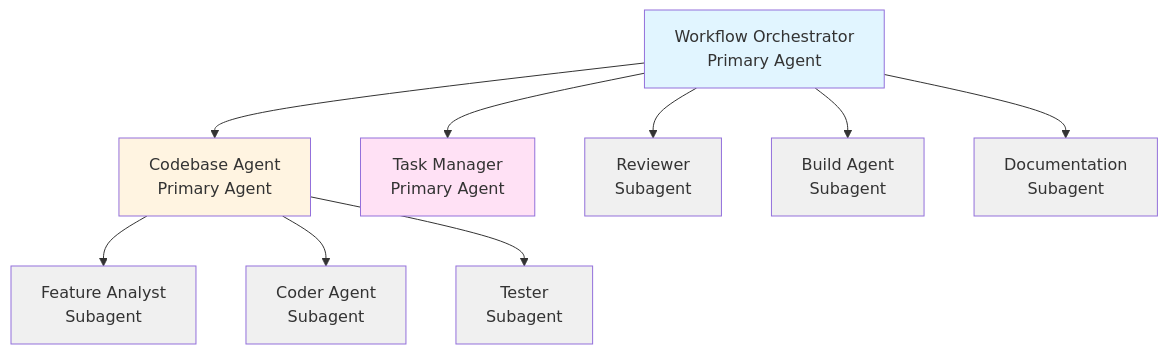
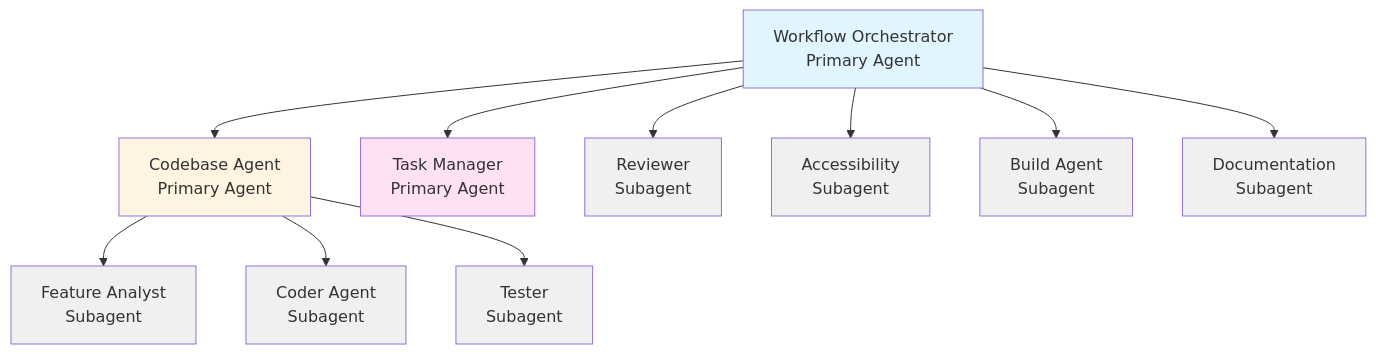
Before and after one commit to jesusidev/dotfiles: the second of 3 diagrams in opencode/.config/opencode/workflow-diagram.md, drawn with Mermaid. The commit also changed other lines of this file and 2 other files, not shown here.

First line of the commit message:
feat(accessibility): add WCAG compliance auditing agent to workflow

````diff
--- a/opencode/.config/opencode/workflow-diagram.md
+++ b/opencode/.config/opencode/workflow-diagram.md
@@ -90,25 +96,27 @@
 ```mermaid
 graph TD
     WO[Workflow Orchestrator<br/>Primary Agent]
     
     WO --> CA[Codebase Agent<br/>Primary Agent]
     WO --> TM[Task Manager<br/>Primary Agent]
     
     CA --> FA[Feature Analyst<br/>Subagent]
     CA --> COD[Coder Agent<br/>Subagent]
     CA --> TST[Tester<br/>Subagent]
     
     WO --> REV[Reviewer<br/>Subagent]
+    WO --> ACC[Accessibility<br/>Subagent]
     WO --> BLD[Build Agent<br/>Subagent]
     WO --> DOC[Documentation<br/>Subagent]
     
     style WO fill:#e1f5ff
     style CA fill:#fff4e1
     style TM fill:#ffe1f5
     style FA fill:#f0f0f0
     style COD fill:#f0f0f0
     style TST fill:#f0f0f0
     style REV fill:#f0f0f0
+    style ACC fill:#f0f0f0
     style BLD fill:#f0f0f0
     style DOC fill:#f0f0f0
 ```
````
